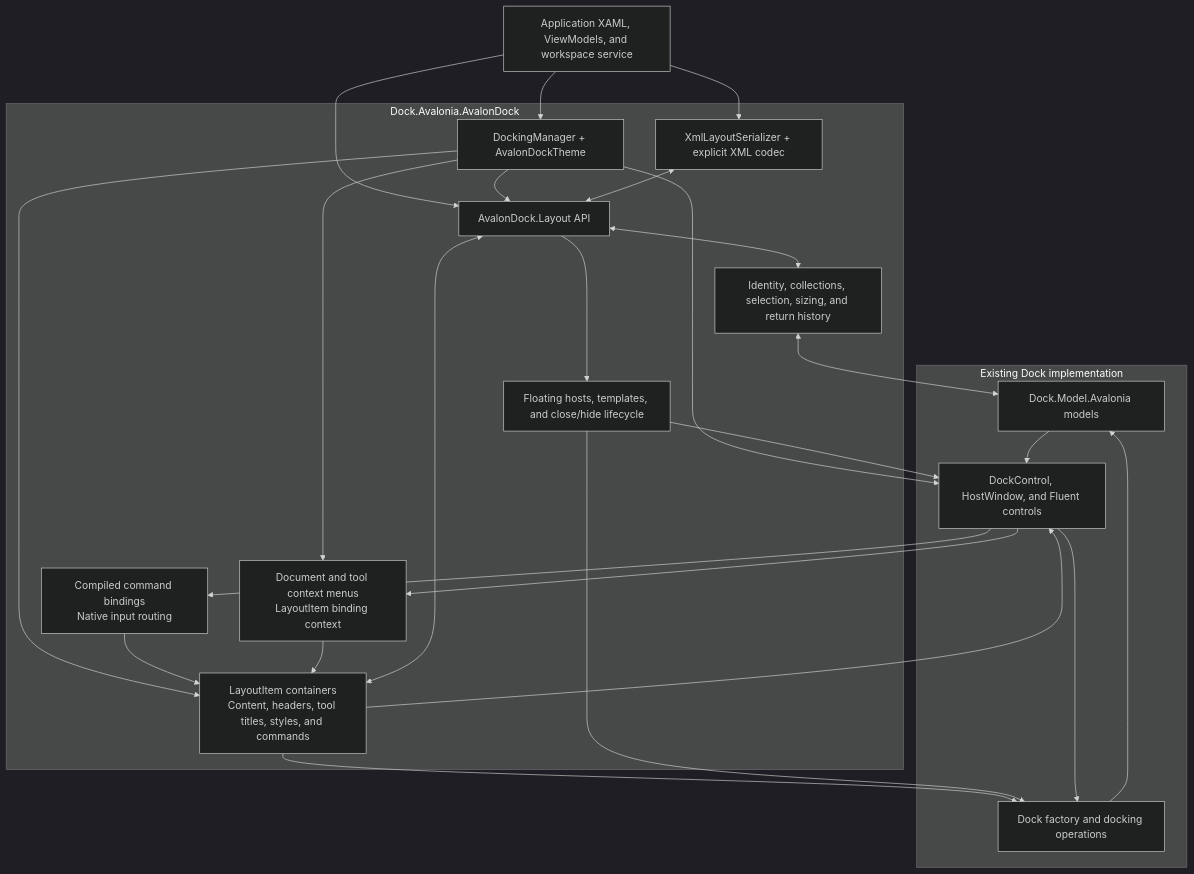
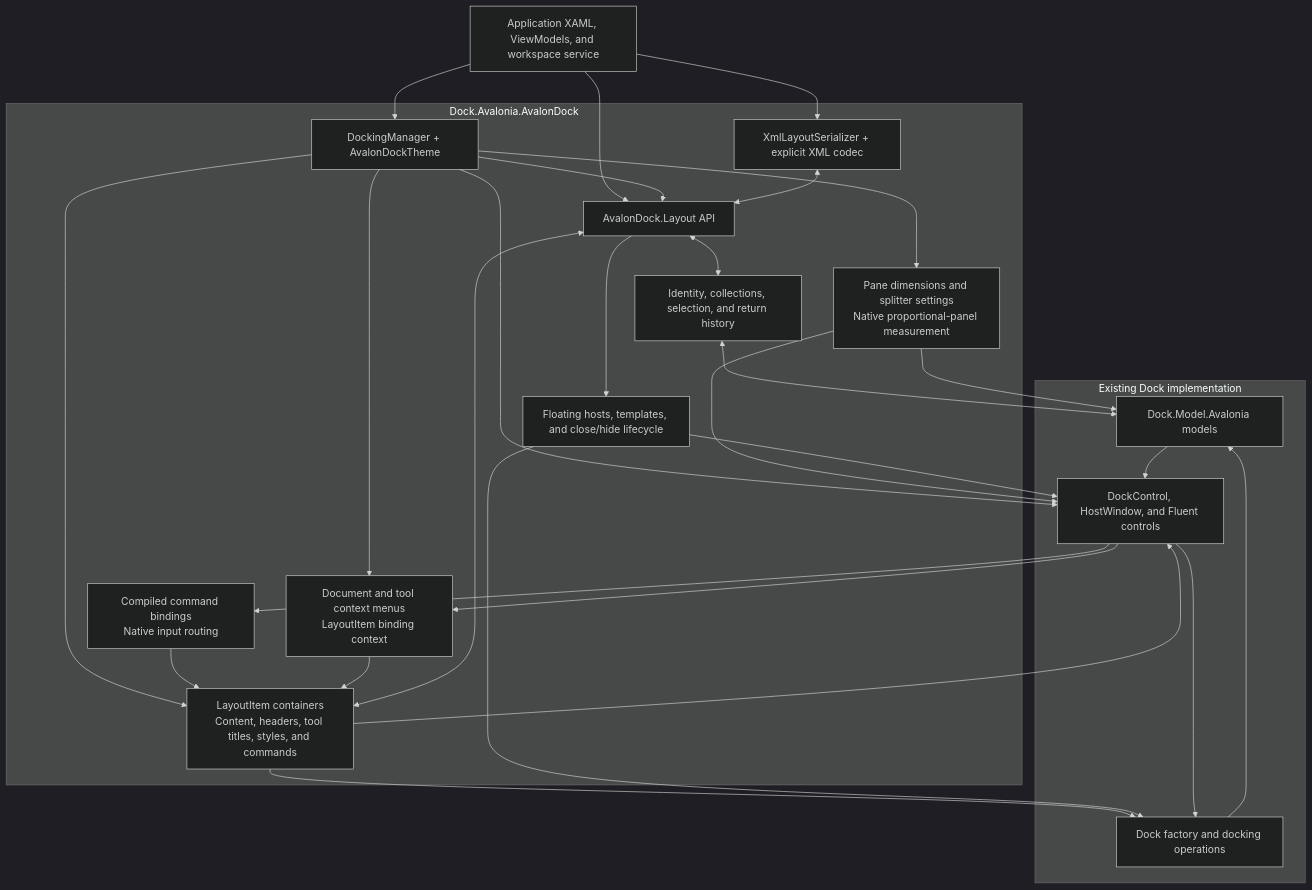
One commit to wieslawsoltes/Dock changed the diagram in docfx/articles/dock-avalondock.md. Above: the diagram before and after it, drawn with Mermaid (dark theme). The commit also changed other lines of this file and 21 other files, not shown here.

Commit message:
Apply AvalonDock pane and splitter sizes in native panels

````diff
--- a/docfx/articles/dock-avalondock.md
+++ b/docfx/articles/dock-avalondock.md
@@ -487,42 +529,46 @@
 ```mermaid
 flowchart TB
     App["Application XAML, ViewModels, and workspace service"]
     subgraph Compatibility["Dock.Avalonia.AvalonDock"]
         Manager["DockingManager + AvalonDockTheme"]
         Layout["AvalonDock.Layout API"]
         Items["LayoutItem containers<br/>Content, headers, tool titles, styles, and commands"]
         Commands["Compiled command bindings<br/>Native input routing"]
         Menus["Document and tool context menus<br/>LayoutItem binding context"]
-        Bridge["Identity, collections, selection, sizing, and return history"]
+        Bridge["Identity, collections, selection, and return history"]
+        Sizing["Pane dimensions and splitter settings<br/>Native proportional-panel measurement"]
         Lifecycle["Floating hosts, templates, and close/hide lifecycle"]
         Xml["XmlLayoutSerializer + explicit XML codec"]
     end
     subgraph Native["Existing Dock implementation"]
         Models["Dock.Model.Avalonia models"]
         Factory["Dock factory and docking operations"]
         Controls["DockControl, HostWindow, and Fluent controls"]
     end
     App --> Manager
     App --> Layout
     App --> Xml
     Manager --> Layout
     Manager --> Items
     Items <--> Layout
     Items --> Factory
     Items --> Controls
     Controls --> Commands
     Commands --> Items
     Manager --> Menus
     Controls --> Menus
     Menus --> Items
     Manager --> Controls
     Layout <--> Bridge
     Bridge <--> Models
+    Manager --> Sizing
+    Sizing --> Models
+    Sizing --> Controls
     Layout --> Lifecycle
     Lifecycle --> Factory
     Lifecycle --> Controls
     Controls --> Factory
     Factory --> Models
     Models --> Controls
     Xml <--> Layout
 ```
````
